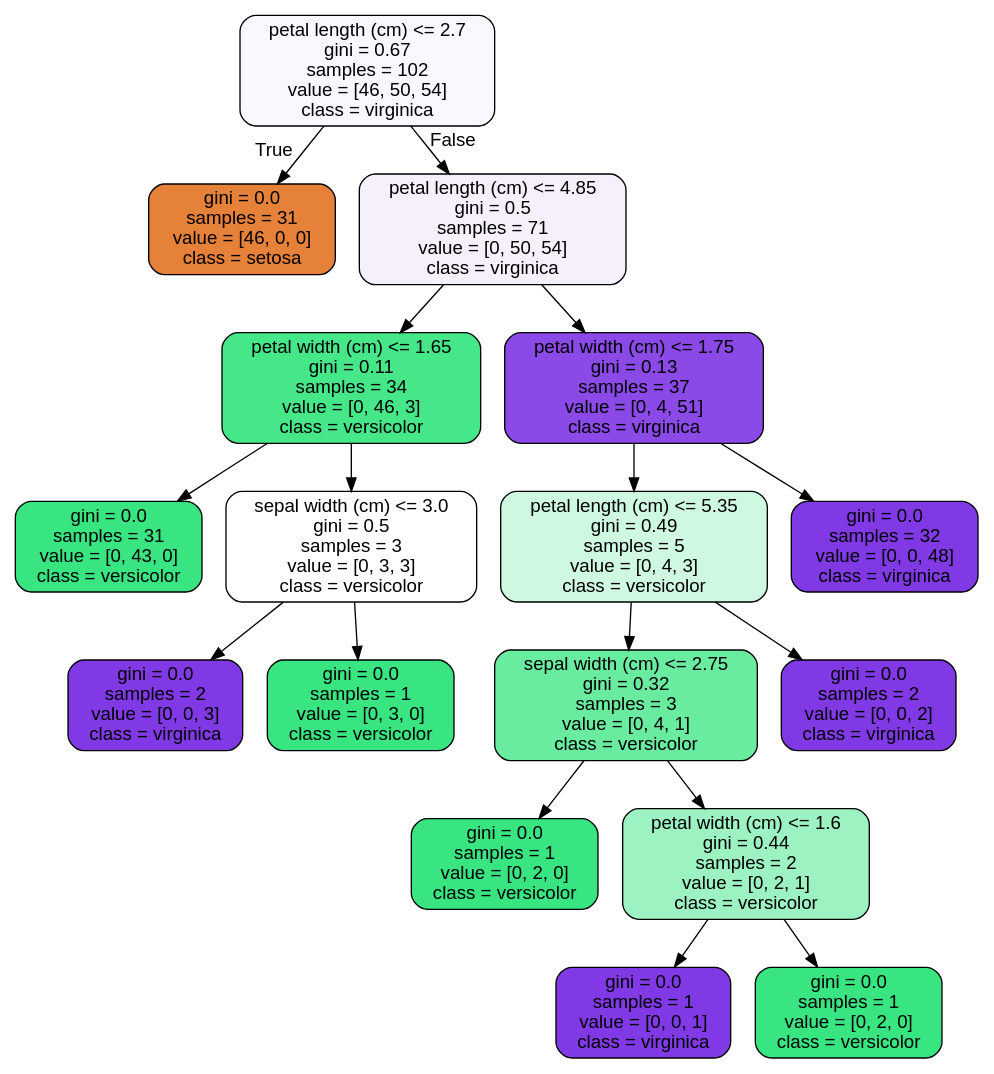
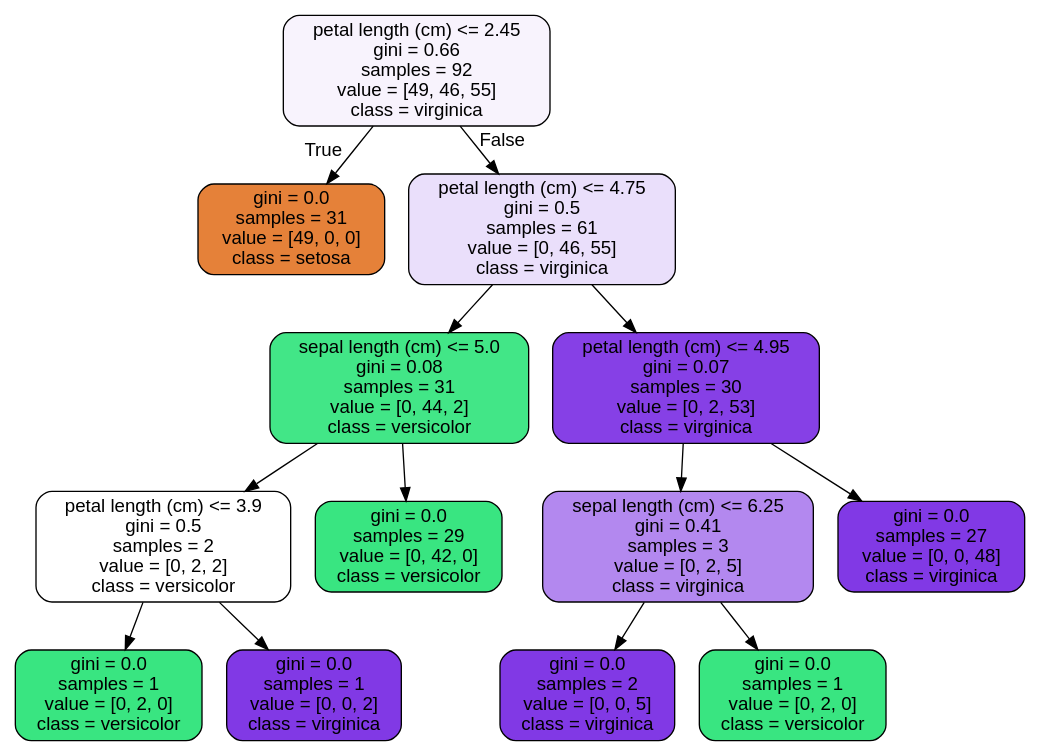
One commit to minyansh/jupyter_practice changed the diagram in supervised_learning/RandomForest Covid Case Study_06302020/tree.dot. Above: the diagram before and after it, drawn with Graphviz. The commit also changed 16 other files, not shown here.

```diff
--- a/supervised_learning/RandomForest Covid Case Study_06302020/tree.dot
+++ b/supervised_learning/RandomForest Covid Case Study_06302020/tree.dot
@@ -1,37 +1,29 @@
 digraph Tree {
 node [shape=box, style="filled, rounded", color="black", fontname=helvetica] ;
 edge [fontname=helvetica] ;
-0 [label="petal length (cm) <= 2.7\ngini = 0.67\nsamples = 102\nvalue = [46, 50, 54]\nclass = virginica", fillcolor="#faf7fe"] ;
-1 [label="gini = 0.0\nsamples = 31\nvalue = [46, 0, 0]\nclass = setosa", fillcolor="#e58139"] ;
+0 [label="petal length (cm) <= 2.45\ngini = 0.66\nsamples = 92\nvalue = [49, 46, 55]\nclass = virginica", fillcolor="#f8f3fd"] ;
+1 [label="gini = 0.0\nsamples = 31\nvalue = [49, 0, 0]\nclass = setosa", fillcolor="#e58139"] ;
 0 -> 1 [labeldistance=2.5, labelangle=45, headlabel="True"] ;
-2 [label="petal length (cm) <= 4.85\ngini = 0.5\nsamples = 71\nvalue = [0, 50, 54]\nclass = virginica", fillcolor="#f6f0fd"] ;
+2 [label="petal length (cm) <= 4.75\ngini = 0.5\nsamples = 61\nvalue = [0, 46, 55]\nclass = virginica", fillcolor="#eadffb"] ;
 0 -> 2 [labeldistance=2.5, labelangle=-45, headlabel="False"] ;
-3 [label="petal width (cm) <= 1.65\ngini = 0.11\nsamples = 34\nvalue = [0, 46, 3]\nclass = versicolor", fillcolor="#46e789"] ;
+3 [label="sepal length (cm) <= 5.0\ngini = 0.08\nsamples = 31\nvalue = [0, 44, 2]\nclass = versicolor", fillcolor="#42e687"] ;
 2 -> 3 ;
-4 [label="gini = 0.0\nsamples = 31\nvalue = [0, 43, 0]\nclass = versicolor", fillcolor="#39e581"] ;
+4 [label="petal length (cm) <= 3.9\ngini = 0.5\nsamples = 2\nvalue = [0, 2, 2]\nclass = versicolor", fillcolor="#ffffff"] ;
 3 -> 4 ;
-5 [label="sepal width (cm) <= 3.0\ngini = 0.5\nsamples = 3\nvalue = [0, 3, 3]\nclass = versicolor", fillcolor="#ffffff"] ;
-3 -> 5 ;
-6 [label="gini = 0.0\nsamples = 2\nvalue = [0, 0, 3]\nclass = virginica", fillcolor="#8139e5"] ;
-5 -> 6 ;
-7 [label="gini = 0.0\nsamples = 1\nvalue = [0, 3, 0]\nclass = versicolor", fillcolor="#39e581"] ;
-5 -> 7 ;
-8 [label="petal width (cm) <= 1.75\ngini = 0.13\nsamples = 37\nvalue = [0, 4, 51]\nclass = virginica", fillcolor="#8b49e7"] ;
+5 [label="gini = 0.0\nsamples = 1\nvalue = [0, 2, 0]\nclass = versicolor", fillcolor="#39e581"] ;
+4 -> 5 ;
+6 [label="gini = 0.0\nsamples = 1\nvalue = [0, 0, 2]\nclass = virginica", fillcolor="#8139e5"] ;
+4 -> 6 ;
+7 [label="gini = 0.0\nsamples = 29\nvalue = [0, 42, 0]\nclass = versicolor", fillcolor="#39e581"] ;
+3 -> 7 ;
+8 [label="petal length (cm) <= 4.95\ngini = 0.07\nsamples = 30\nvalue = [0, 2, 53]\nclass = virginica", fillcolor="#8640e6"] ;
 2 -> 8 ;
-9 [label="petal length (cm) <= 5.35\ngini = 0.49\nsamples = 5\nvalue = [0, 4, 3]\nclass = versicolor", fillcolor="#cef8e0"] ;
+9 [label="sepal length (cm) <= 6.25\ngini = 0.41\nsamples = 3\nvalue = [0, 2, 5]\nclass = virginica", fillcolor="#b388ef"] ;
 8 -> 9 ;
-10 [label="sepal width (cm) <= 2.75\ngini = 0.32\nsamples = 3\nvalue = [0, 4, 1]\nclass = versicolor", fillcolor="#6aeca0"] ;
+10 [label="gini = 0.0\nsamples = 2\nvalue = [0, 0, 5]\nclass = virginica", fillcolor="#8139e5"] ;
 9 -> 10 ;
 11 [label="gini = 0.0\nsamples = 1\nvalue = [0, 2, 0]\nclass = versicolor", fillcolor="#39e581"] ;
-10 -> 11 ;
-12 [label="petal width (cm) <= 1.6\ngini = 0.44\nsamples = 2\nvalue = [0, 2, 1]\nclass = versicolor", fillcolor="#9cf2c0"] ;
-10 -> 12 ;
-13 [label="gini = 0.0\nsamples = 1\nvalue = [0, 0, 1]\nclass = virginica", fillcolor="#8139e5"] ;
-12 -> 13 ;
-14 [label="gini = 0.0\nsamples = 1\nvalue = [0, 2, 0]\nclass = versicolor", fillcolor="#39e581"] ;
-12 -> 14 ;
-15 [label="gini = 0.0\nsamples = 2\nvalue = [0, 0, 2]\nclass = virginica", fillcolor="#8139e5"] ;
-9 -> 15 ;
-16 [label="gini = 0.0\nsamples = 32\nvalue = [0, 0, 48]\nclass = virginica", fillcolor="#8139e5"] ;
-8 -> 16 ;
+9 -> 11 ;
+12 [label="gini = 0.0\nsamples = 27\nvalue = [0, 0, 48]\nclass = virginica", fillcolor="#8139e5"] ;
+8 -> 12 ;
 }
```
